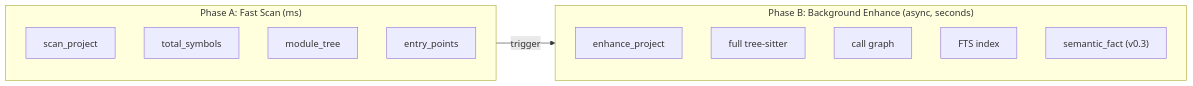
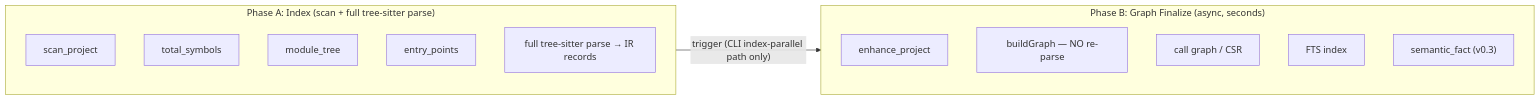
The third of 3 diagrams in README.md (Timwood0x10/CodeScope), drawn with Mermaid before and after one commit. The commit also changed other lines of this file and 34 other files, not shown here.

````diff
--- a/README.md
+++ b/README.md
@@ -127,19 +145,20 @@
 ```mermaid
 flowchart LR
-    subgraph A["Phase A: Fast Scan (ms)"]
+    subgraph A["Phase A: Index (scan + full tree-sitter parse)"]
         S1["scan_project"]
         S2["total_symbols"]
         S3["module_tree"]
         S4["entry_points"]
+        S5["full tree-sitter parse → IR records"]
     end
 
-    subgraph B["Phase B: Background Enhance (async, seconds)"]
+    subgraph B["Phase B: Graph Finalize (async, seconds)"]
         E1["enhance_project"]
-        E2["full tree-sitter"]
-        E3["call graph"]
+        E2["buildGraph — NO re-parse"]
+        E3["call graph / CSR"]
         E4["FTS index"]
         E5["semantic_fact (v0.3)"]
     end
 
-    A -->|"trigger"| B
+    A -->|"trigger (CLI index-parallel path only)"| B
 ```
````
